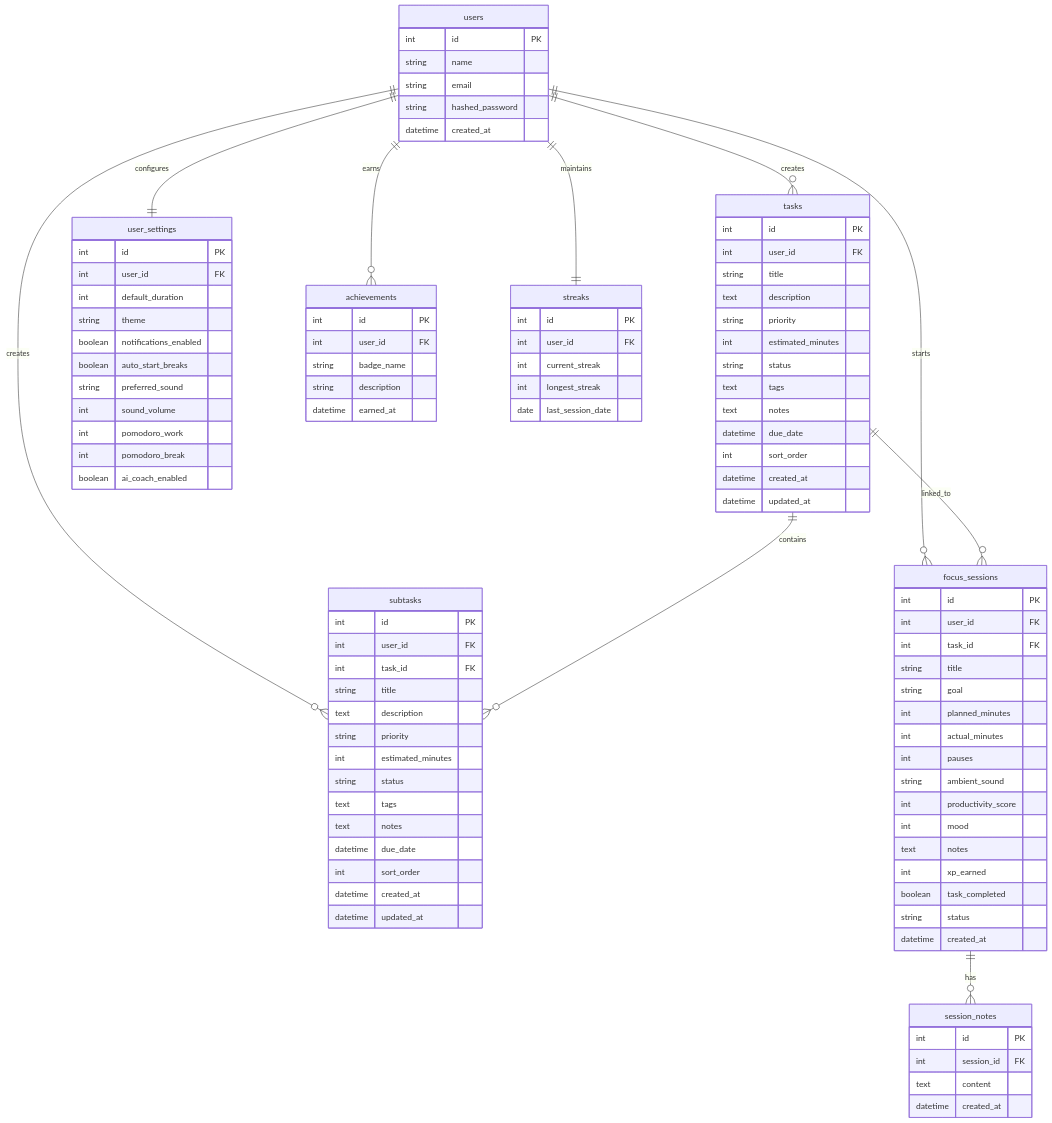
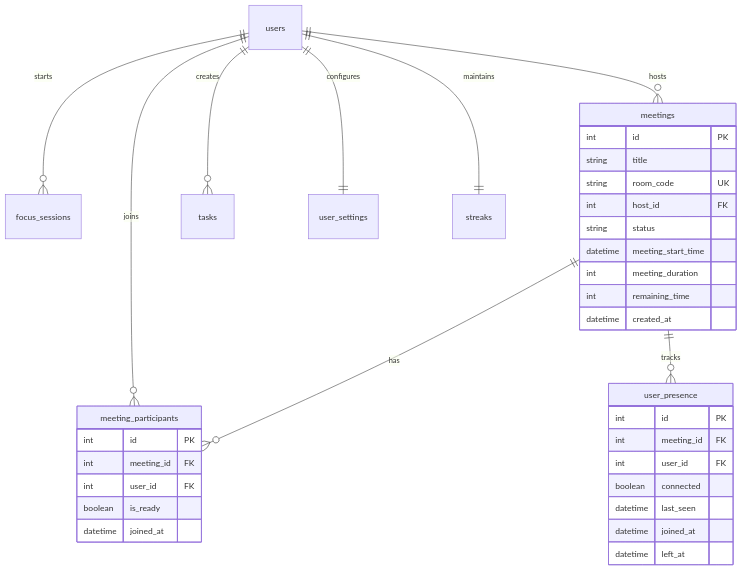
Before and after one commit to umangjzx/Focus-Sessions-Melodywings: the fifth of 5 diagrams in README.md, drawn with Mermaid. The commit also changed other lines of this file and 364 other files, not shown here.

````diff
--- a/README.md
+++ b/README.md
@@ -430,109 +401,41 @@
 ```mermaid
 erDiagram
+    users ||--o{ focus_sessions : starts
+    users ||--o{ meetings : hosts
+    users ||--o{ meeting_participants : joins
+    meetings ||--o{ meeting_participants : has
+    meetings ||--o{ user_presence : tracks
     users ||--o{ tasks : creates
-    users ||--o{ subtasks : creates
-    users ||--o{ focus_sessions : starts
     users ||--|| user_settings : configures
-    users ||--o{ achievements : earns
     users ||--|| streaks : maintains
-    tasks ||--o{ subtasks : contains
-    tasks ||--o{ focus_sessions : linked_to
-    focus_sessions ||--o{ session_notes : has
 
-    users {
+    meetings {
         int id PK
-        string name
-        string email
-        string hashed_password
+        string title
+        string room_code UK
+        int host_id FK
+        string status
+        datetime meeting_start_time
+        int meeting_duration
+        int remaining_time
         datetime created_at
     }
 
-    tasks {
+    meeting_participants {
         int id PK
+        int meeting_id FK
         int user_id FK
-        string title
-        text description
-        string priority
-        int estimated_minutes
-        string status
-        text tags
-        text notes
-        datetime due_date
-        int sort_order
-        datetime created_at
-        datetime updated_at
+        boolean is_ready
+        datetime joined_at
     }
 
-    subtasks {
+    user_presence {
         int id PK
+        int meeting_id FK
         int user_id FK
-        int task_id FK
-        string title
-        text description
-        string priority
-        int estimated_minutes
-        string status
-        text tags
-        text notes
-        datetime due_date
-        int sort_order
-        datetime created_at
-        datetime updated_at
-    }
-
-    focus_sessions {
-        int id PK
-        int user_id FK
-        int task_id FK
-        string title
-        string goal
-        int planned_minutes
-        int actual_minutes
-        int pauses
-        string ambient_sound
-        int productivity_score
-        int mood
-        text notes
-        int xp_earned
-        boolean task_completed
-        string status
-        datetime created_at
-    }
-
-    streaks {
-        int id PK
-        int user_id FK
-        int current_streak
-        int longest_streak
-        date last_session_date
-    }
-
-    achievements {
-        int id PK
-        int user_id FK
-        string badge_name
-        string description
-        datetime earned_at
-    }
-
-    user_settings {
-        int id PK
-        int user_id FK
-        int default_duration
-        string theme
-        boolean notifications_enabled
-        boolean auto_start_breaks
-        string preferred_sound
-        int sound_volume
-        int pomodoro_work
-        int pomodoro_break
-        boolean ai_coach_enabled
-    }
-
-    session_notes {
-        int id PK
-        int session_id FK
-        text content
-        datetime created_at
+        boolean connected
+        datetime last_seen
+        datetime joined_at
+        datetime left_at
     }
 ```
````
